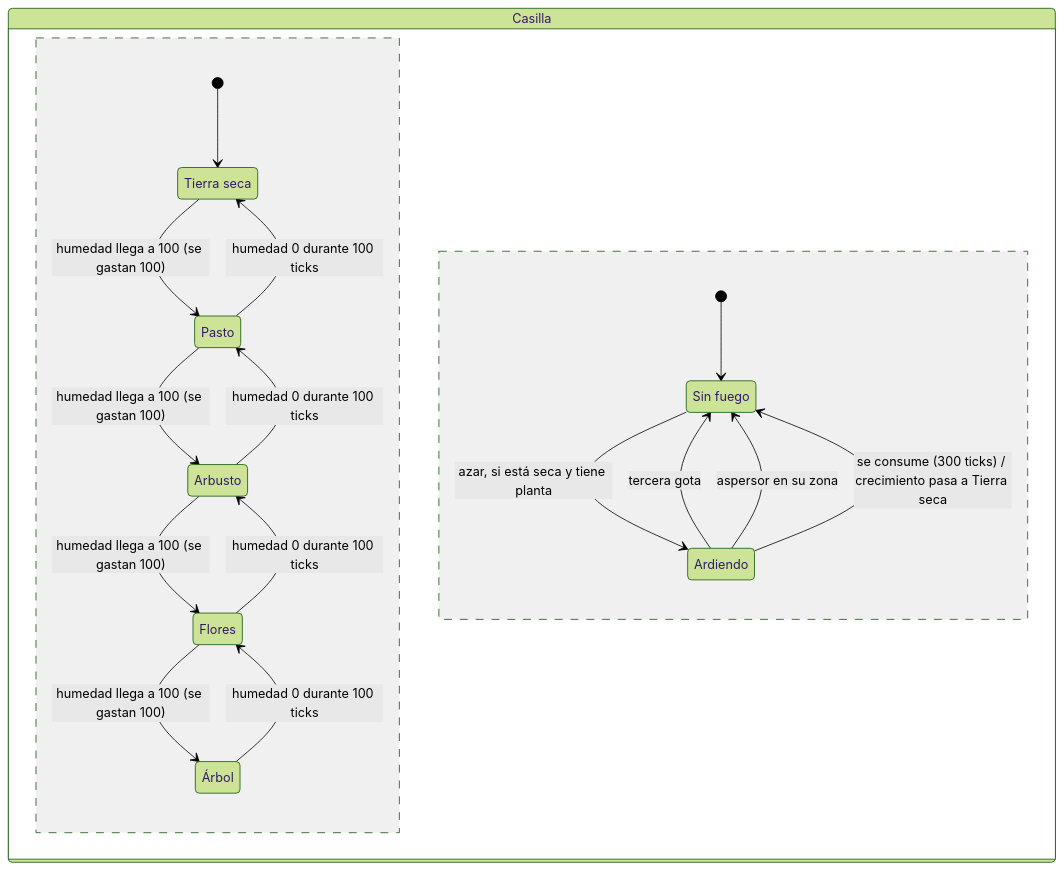
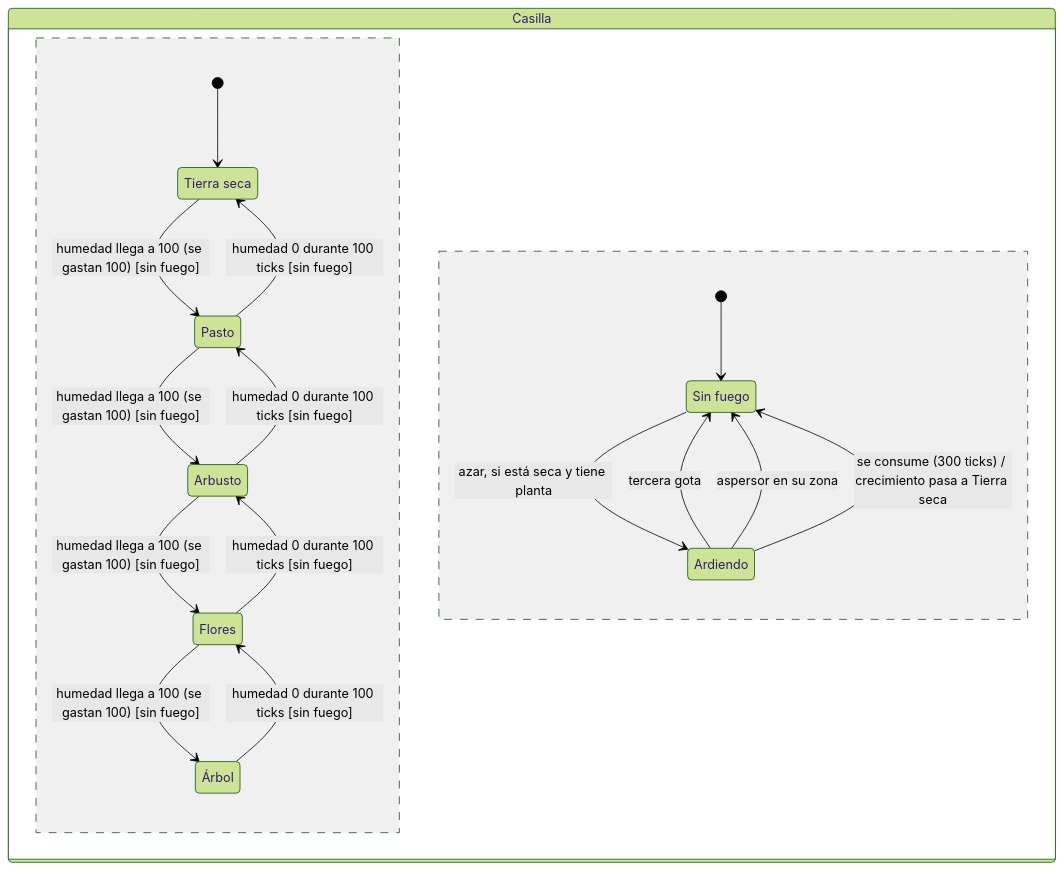
The second of 7 diagrams in docs/documento-inicial.md (iadev2005/hydrovalley), drawn with Mermaid (forest theme) before and after one commit. The commit also changed other lines of this file and 5 other files, not shown here.

````diff
--- a/docs/documento-inicial.md
+++ b/docs/documento-inicial.md
@@ -217,23 +217,23 @@
 ```mermaid
 stateDiagram-v2
     state "Casilla" as Casilla {
         state "Tierra seca" as Seca
         state "Árbol" as Arbol
         [*] --> Seca
-        Seca --> Pasto: humedad llega a 100 (se gastan 100)
-        Pasto --> Arbusto: humedad llega a 100 (se gastan 100)
-        Arbusto --> Flores: humedad llega a 100 (se gastan 100)
-        Flores --> Arbol: humedad llega a 100 (se gastan 100)
-        Arbol --> Flores: humedad 0 durante 100 ticks
-        Flores --> Arbusto: humedad 0 durante 100 ticks
-        Arbusto --> Pasto: humedad 0 durante 100 ticks
-        Pasto --> Seca: humedad 0 durante 100 ticks
+        Seca --> Pasto: humedad llega a 100 (se gastan 100) [sin fuego]
+        Pasto --> Arbusto: humedad llega a 100 (se gastan 100) [sin fuego]
+        Arbusto --> Flores: humedad llega a 100 (se gastan 100) [sin fuego]
+        Flores --> Arbol: humedad llega a 100 (se gastan 100) [sin fuego]
+        Arbol --> Flores: humedad 0 durante 100 ticks [sin fuego]
+        Flores --> Arbusto: humedad 0 durante 100 ticks [sin fuego]
+        Arbusto --> Pasto: humedad 0 durante 100 ticks [sin fuego]
+        Pasto --> Seca: humedad 0 durante 100 ticks [sin fuego]
         --
         state "Sin fuego" as SinFuego
         [*] --> SinFuego
         SinFuego --> Ardiendo: azar, si está seca y tiene planta
         Ardiendo --> SinFuego: tercera gota
         Ardiendo --> SinFuego: aspersor en su zona
         Ardiendo --> SinFuego: se consume (300 ticks) / crecimiento pasa a Tierra seca
     }
 ```
````
